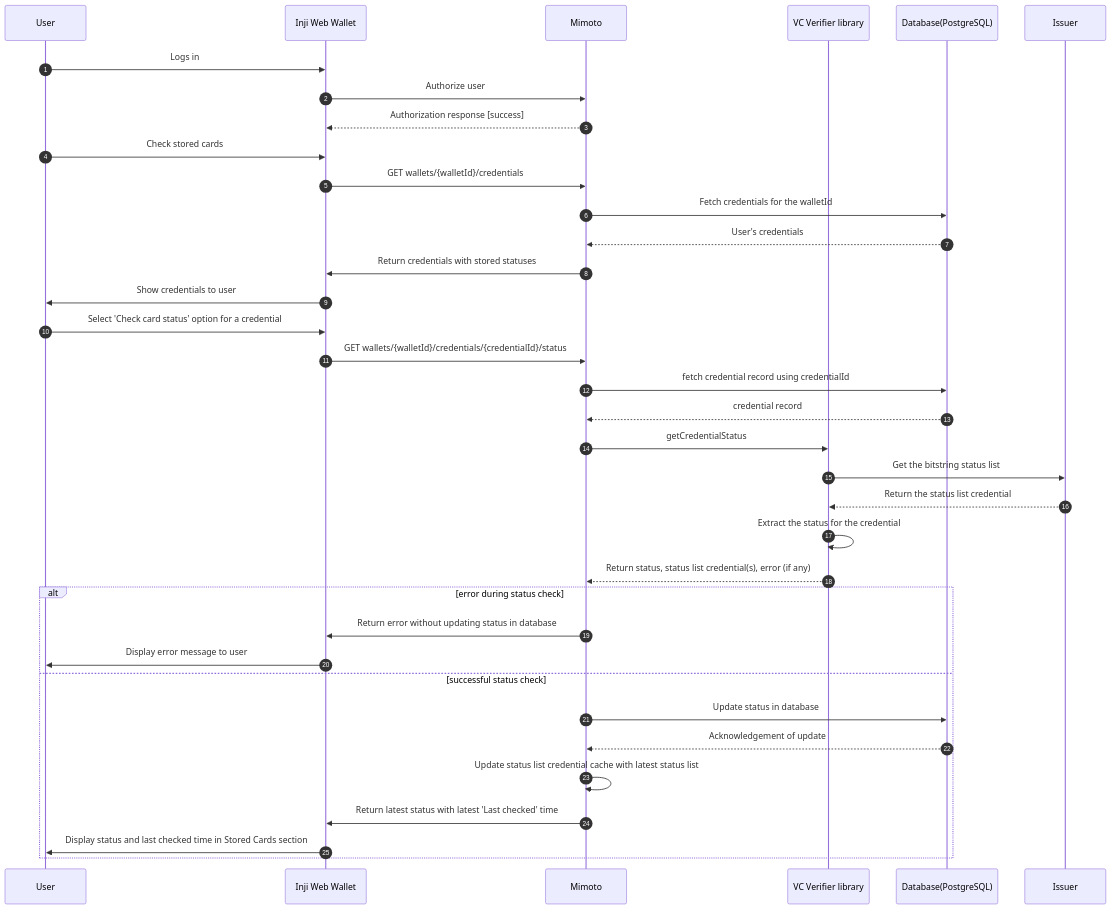
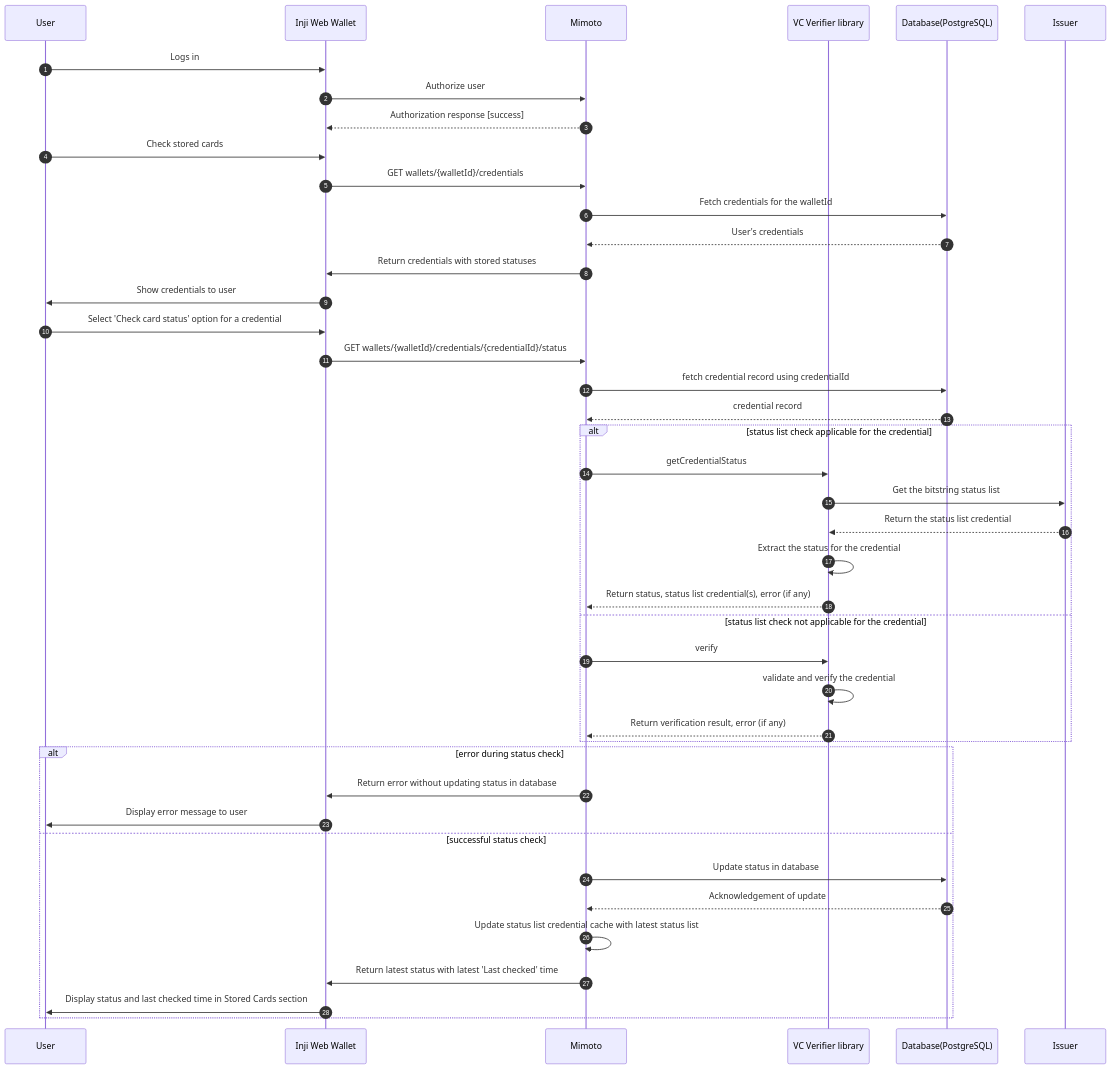
One commit to inji/mimoto changed the second of 3 diagrams in docs/VCStatusCheckDesign.md. Above: the diagram before and after it, drawn with Mermaid. The commit also changed other lines of this file, not shown here.

Commit message:
[INJIWEB-1793] Remove extra decision flow from the sequence diagram, add caching strategy

````diff
--- a/docs/VCStatusCheckDesign.md
+++ b/docs/VCStatusCheckDesign.md
@@ -70,39 +69,45 @@
 ```mermaid
 sequenceDiagram
     autonumber
     participant User
     participant InjiWeb as Inji Web Wallet
     participant Mimoto
     participant VCVerifier as VC Verifier library
     participant Database as Database(PostgreSQL)
     participant Issuer
 
     User->>InjiWeb: Logs in
     InjiWeb->>Mimoto: Authorize user
     Mimoto-->> InjiWeb: Authorization response [success]
     User->>InjiWeb: Check stored cards
     InjiWeb->>Mimoto: GET wallets/{walletId}/credentials
     Mimoto->>Database: Fetch credentials for the walletId
     Database-->>Mimoto: User's credentials
     Mimoto->>InjiWeb: Return credentials with stored statuses
     InjiWeb->>User: Show credentials to user
     User->>InjiWeb: Select 'Check card status' option for a credential
     InjiWeb->>Mimoto: GET wallets/{walletId}/credentials/{credentialId}/status
     Mimoto->>Database: fetch credential record using credentialId
     Database-->>Mimoto: credential record
-    Mimoto->>VCVerifier: getCredentialStatus
-    VCVerifier->>Issuer: Get the bitstring status list
-    Issuer-->>VCVerifier: Return the status list credential
-    VCVerifier->>VCVerifier: Extract the status for the credential
-    VCVerifier-->>Mimoto: Return status, status list credential(s), error (if any)
+    alt status list check applicable for the credential
+        Mimoto->>VCVerifier: getCredentialStatus
+        VCVerifier->>Issuer: Get the bitstring status list
+        Issuer-->>VCVerifier: Return the status list credential
+        VCVerifier->>VCVerifier: Extract the status for the credential
+        VCVerifier-->>Mimoto: Return status, status list credential(s), error (if any)
+    else status list check not applicable for the credential
+        Mimoto->>VCVerifier: verify
+        VCVerifier->>VCVerifier: validate and verify the credential
+        VCVerifier-->>Mimoto: Return verification result, error (if any)
+    end
     alt error during status check
         Mimoto->>InjiWeb: Return error without updating status in database
         InjiWeb->>User: Display error message to user
     else successful status check
         Mimoto->>Database: Update status in database
         Database-->>Mimoto: Acknowledgement of update
         Mimoto->>Mimoto: Update status list credential cache with latest status list
         Mimoto->>InjiWeb: Return latest status with latest 'Last checked' time
         InjiWeb->>User: Display status and last checked time in Stored Cards section
     end
 ```
````
